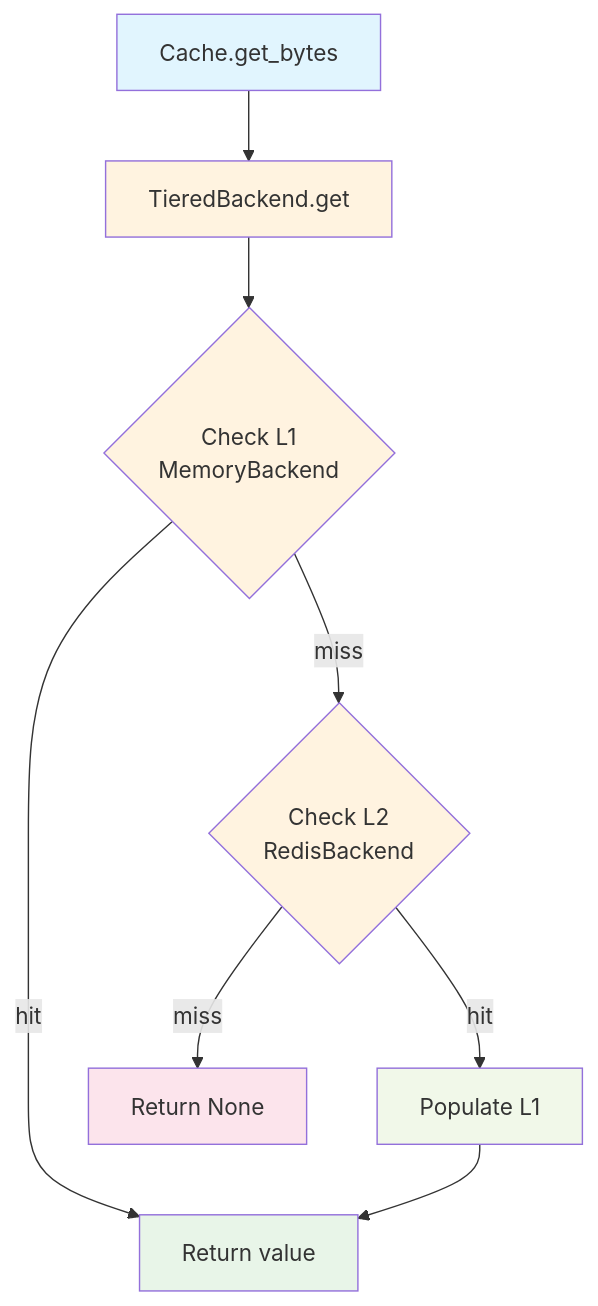
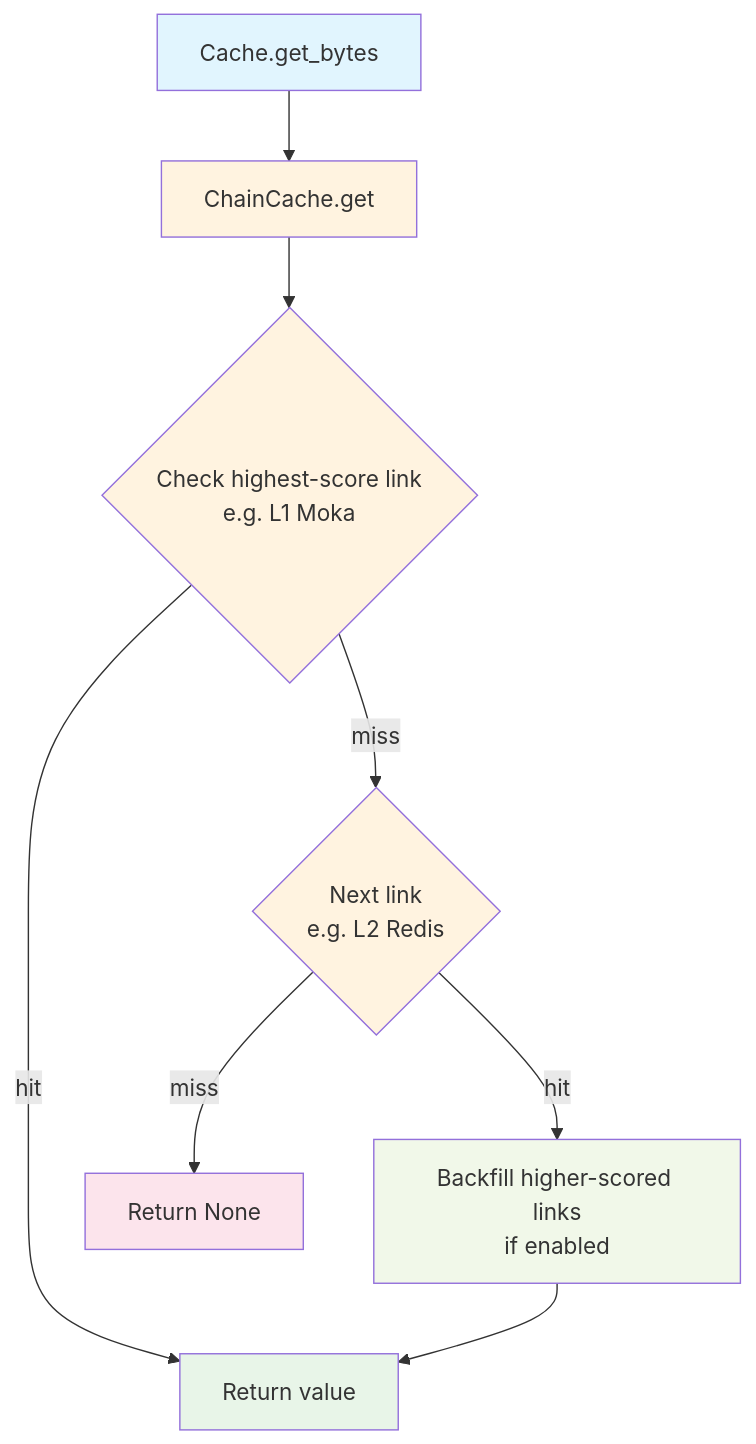
One commit to Kirky-X/oxcache changed the fourth of 6 diagrams in docs/ARCHITECTURE.md. Above: the diagram before and after it, drawn with Mermaid. The commit also changed other lines of this file and 2 other files, not shown here.

First line of the commit message:
docs: update API_REFERENCE, USER_GUIDE, ARCHITECTURE to 0.3.2

````diff
--- a/docs/ARCHITECTURE.md
+++ b/docs/ARCHITECTURE.md
@@ -457,18 +529,18 @@
 ```mermaid
 flowchart TD
-    A[Cache.get_bytes] --> B[TieredBackend.get]
-    B --> C{Check L1<br/>MemoryBackend}
+    A[Cache.get_bytes] --> B[ChainCache.get]
+    B --> C{Check highest-score link<br/>e.g. L1 Moka}
     C -->|hit| D[Return value]
-    C -->|miss| E{Check L2<br/>RedisBackend}
-    E -->|hit| F[Populate L1]
+    C -->|miss| E{Next link<br/>e.g. L2 Redis}
+    E -->|hit| F[Backfill higher-scored links<br/>if enabled]
     F --> D
     E -->|miss| G[Return None]
 
     style A fill:#e1f5fe
     style B fill:#fff3e0
     style C fill:#fff3e0
     style D fill:#e8f5e8
     style E fill:#fff3e0
     style F fill:#f1f8e9
     style G fill:#fce4ec
 ```
````
